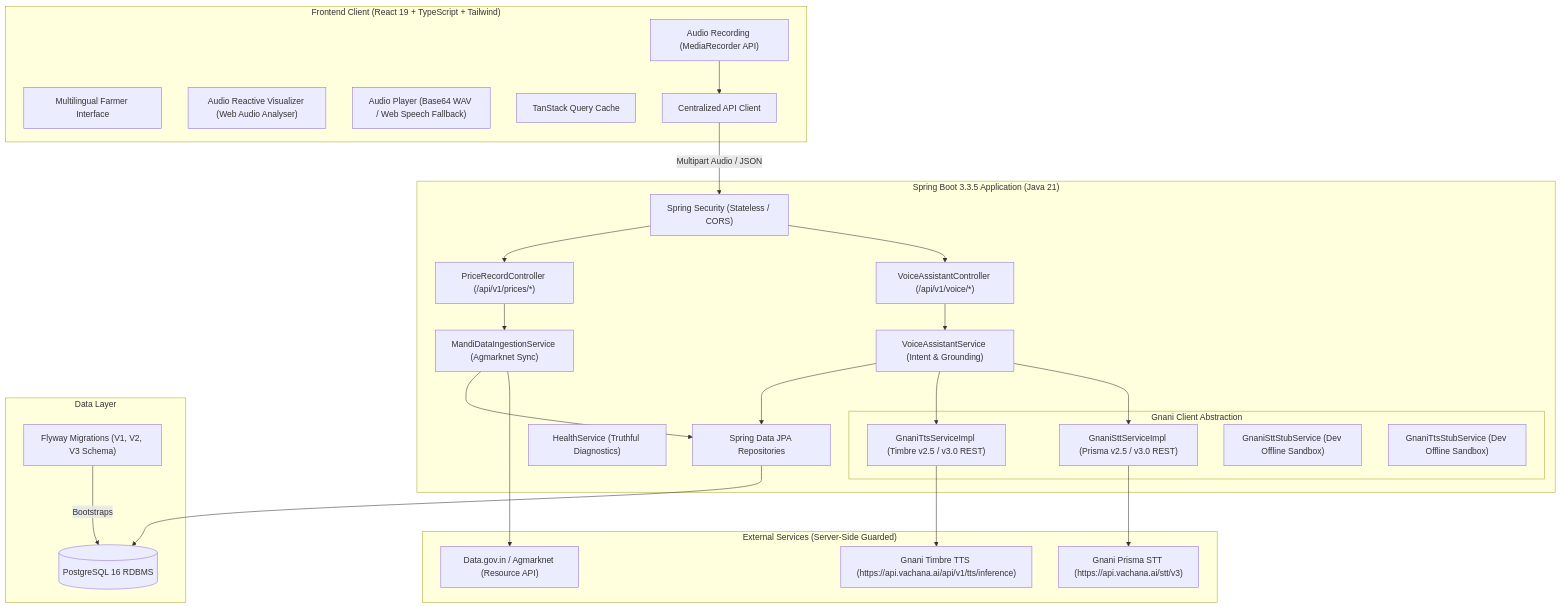
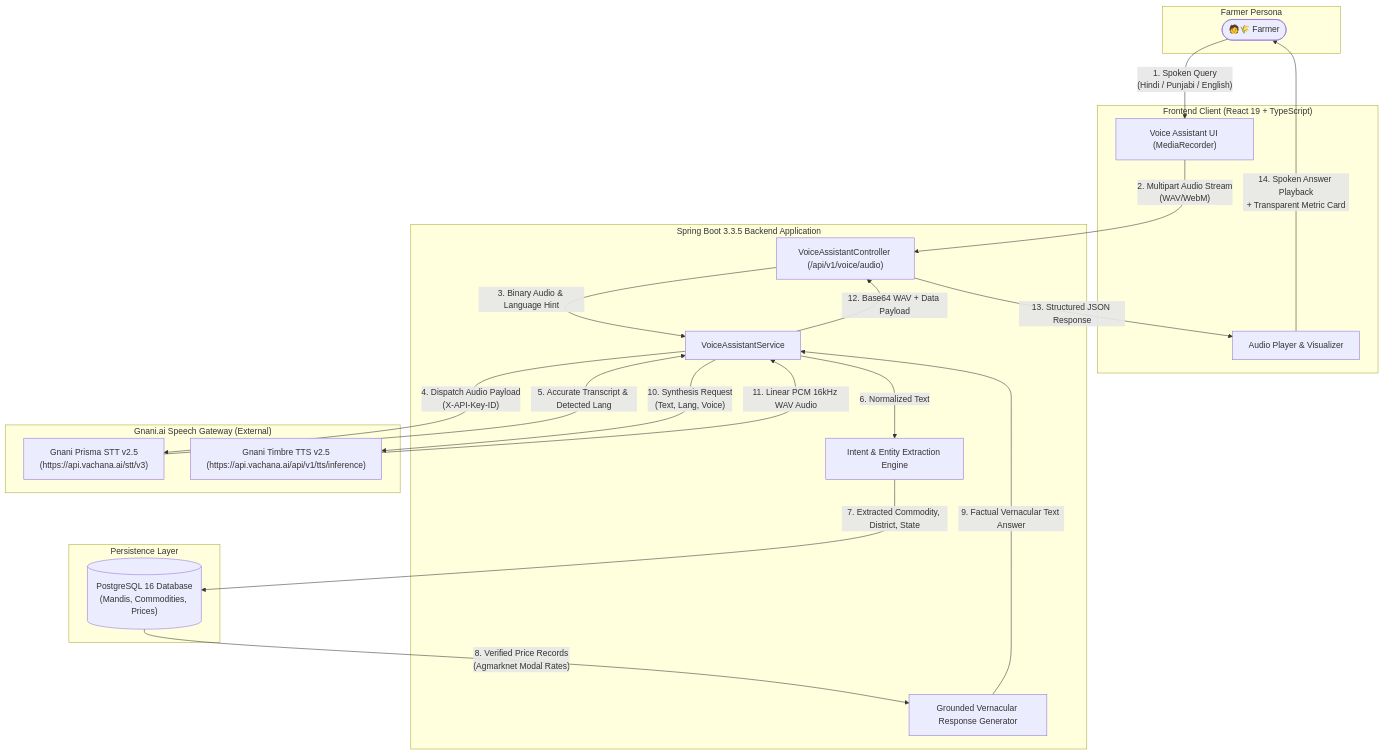
The first of 2 diagrams in docs/architecture.md (Ritesh7009/MandiSaathi), drawn with Mermaid before and after one commit. The commit also changed other lines of this file and 13 other files, not shown here.

````diff
--- a/docs/architecture.md
+++ b/docs/architecture.md
@@ -8,55 +20,42 @@
 ```mermaid
 flowchart TD
-    subgraph Client["Frontend Client (React 19 + TypeScript + Tailwind)"]
-        UI["Multilingual Farmer Interface"]
-        VoiceMic["Audio Recording (MediaRecorder API)"]
-        AudioVis["Audio Reactive Visualizer (Web Audio Analyser)"]
-        AudioPlay["Audio Player (Base64 WAV / Web Speech Fallback)"]
-        TQuery["TanStack Query Cache"]
-        APIClient["Centralized API Client"]
+    subgraph User["Farmer Persona"]
+        Farmer(["🧑🌾 Farmer"])
     end
 
-    subgraph Backend["Spring Boot 3.3.5 Application (Java 21)"]
-        Sec["Spring Security (Stateless / CORS)"]
-        VoiceCtrl["VoiceAssistantController (/api/v1/voice/*)"]
-        PriceCtrl["PriceRecordController (/api/v1/prices/*)"]
-        VoiceSvc["VoiceAssistantService (Intent & Grounding)"]
-        IngestSvc["MandiDataIngestionService (Agmarknet Sync)"]
-        HealthSvc["HealthService (Truthful Diagnostics)"]
-        Repos["Spring Data JPA Repositories"]
-        
-        subgraph GnaniLayer["Gnani Client Abstraction"]
-            GnaniStt["GnaniSttServiceImpl (Prisma v2.5 / v3.0 REST)"]
-            GnaniTts["GnaniTtsServiceImpl (Timbre v2.5 / v3.0 REST)"]
-            GnaniSttStub["GnaniSttStubService (Dev Offline Sandbox)"]
-            GnaniTtsStub["GnaniTtsStubService (Dev Offline Sandbox)"]
-        end
+    subgraph Client["Frontend Client (React 19 + TypeScript)"]
+        UI["Voice Assistant UI (MediaRecorder)"]
+        AudioPlayer["Audio Player & Visualizer"]
     end
 
-    subgraph Data["Data Layer"]
-        Flyway["Flyway Migrations (V1, V2, V3 Schema)"]
-        Postgres[("PostgreSQL 16 RDBMS")]
+    subgraph Backend["Spring Boot 3.3.5 Backend Application"]
+        VoiceCtrl["VoiceAssistantController (/api/v1/voice/audio)"]
+        VoiceSvc["VoiceAssistantService"]
+        EntityExtraction["Intent & Entity Extraction Engine"]
+        ResponseGen["Grounded Vernacular Response Generator"]
     end
 
-    subgraph External["External Services (Server-Side Guarded)"]
-        PrismaAPI["Gnani Prisma STT (https://api.vachana.ai/stt/v3)"]
-        TimbreAPI["Gnani Timbre TTS (https://api.vachana.ai/api/v1/tts/inference)"]
-        DataGov["Data.gov.in / Agmarknet (Resource API)"]
+    subgraph Database["Persistence Layer"]
+        Postgres[("PostgreSQL 16 Database\n(Mandis, Commodities, Prices)")]
     end
 
-    VoiceMic --> APIClient
-    APIClient -->|Multipart Audio / JSON| Sec
-    Sec --> VoiceCtrl
-    Sec --> PriceCtrl
-    VoiceCtrl --> VoiceSvc
-    VoiceSvc --> GnaniStt
-    VoiceSvc --> GnaniTts
-    VoiceSvc --> Repos
-    PriceCtrl --> IngestSvc
-    IngestSvc --> DataGov
-    IngestSvc --> Repos
-    GnaniStt --> PrismaAPI
-    GnaniTts --> TimbreAPI
-    Repos --> Postgres
-    Flyway -->|Bootstraps| Postgres
+    subgraph GnaniCloud["Gnani.ai Speech Gateway (External)"]
+        PrismaSTT["Gnani Prisma STT v2.5\n(https://api.vachana.ai/stt/v3)"]
+        TimbreTTS["Gnani Timbre TTS v2.5\n(https://api.vachana.ai/api/v1/tts/inference)"]
+    end
+
+    Farmer -->|"1. Spoken Query\n(Hindi / Punjabi / English)"| UI
+    UI -->|"2. Multipart Audio Stream\n(WAV/WebM)"| VoiceCtrl
+    VoiceCtrl -->|"3. Binary Audio & Language Hint"| VoiceSvc
+    VoiceSvc -->|"4. Dispatch Audio Payload\n(X-API-Key-ID)"| PrismaSTT
+    PrismaSTT -->|"5. Accurate Transcript & Detected Lang"| VoiceSvc
+    VoiceSvc -->|"6. Normalized Text"| EntityExtraction
+    EntityExtraction -->|"7. Extracted Commodity, District, State"| Postgres
+    Postgres -->|"8. Verified Price Records\n(Agmarknet Modal Rates)"| ResponseGen
+    ResponseGen -->|"9. Factual Vernacular Text Answer"| VoiceSvc
+    VoiceSvc -->|"10. Synthesis Request\n(Text, Lang, Voice)"| TimbreTTS
+    TimbreTTS -->|"11. Linear PCM 16kHz WAV Audio"| VoiceSvc
+    VoiceSvc -->|"12. Base64 WAV + Data Payload"| VoiceCtrl
+    VoiceCtrl -->|"13. Structured JSON Response"| AudioPlayer
+    AudioPlayer -->|"14. Spoken Answer Playback\n+ Transparent Metric Card"| Farmer
 ```
````
